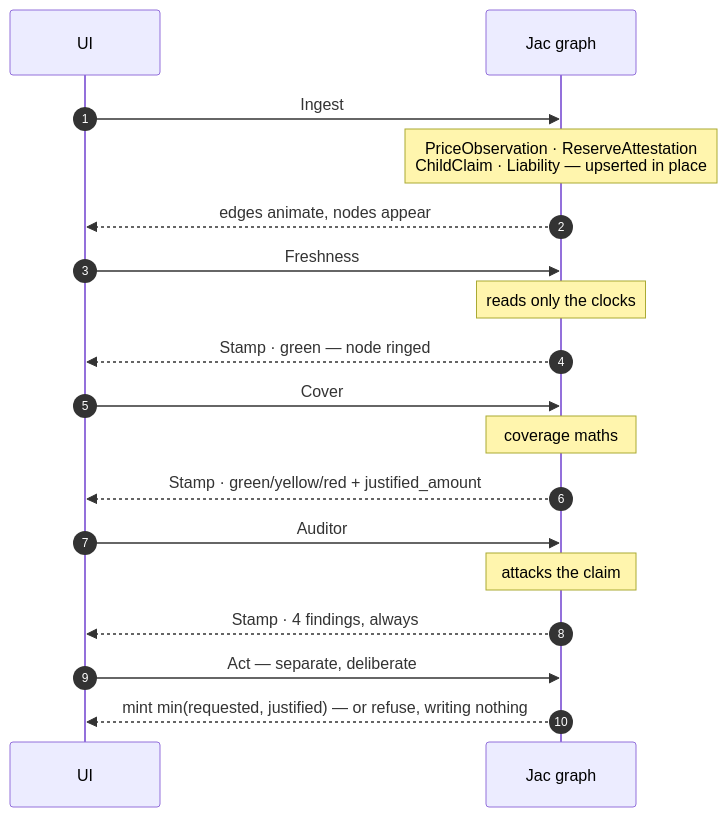
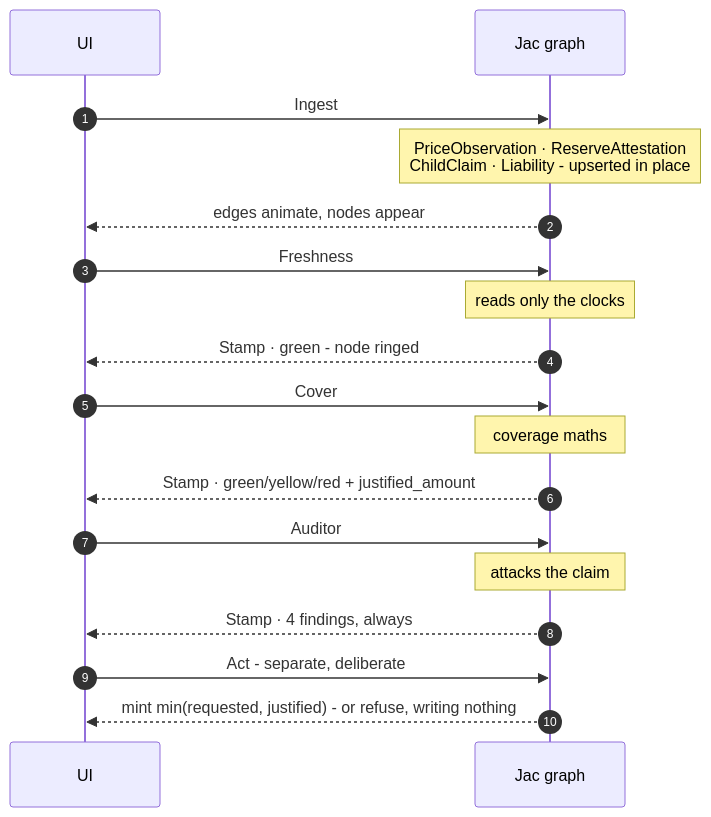
The fifth of 5 diagrams in README.md (AgenticPortfolioX/POR-Jac-Enforced), drawn with Mermaid before and after one commit. The commit also changed other lines of this file and 40 other files, not shown here.

````diff
--- a/README.md
+++ b/README.md
@@ -179,25 +179,25 @@
 ```mermaid
 sequenceDiagram
     autonumber
     participant UI
     participant G as Jac graph
 
     UI->>G: Ingest
-    Note over G: PriceObservation · ReserveAttestation<br/>ChildClaim · Liability — upserted in place
+    Note over G: PriceObservation · ReserveAttestation<br/>ChildClaim · Liability - upserted in place
     G-->>UI: edges animate, nodes appear
 
     UI->>G: Freshness
     Note over G: reads only the clocks
-    G-->>UI: Stamp · green — node ringed
+    G-->>UI: Stamp · green - node ringed
 
     UI->>G: Cover
     Note over G: coverage maths
     G-->>UI: Stamp · green/yellow/red + justified_amount
 
     UI->>G: Auditor
     Note over G: attacks the claim
     G-->>UI: Stamp · 4 findings, always
 
-    UI->>G: Act — separate, deliberate
-    G-->>UI: mint min(requested, justified) — or refuse, writing nothing
+    UI->>G: Act - separate, deliberate
+    G-->>UI: mint min(requested, justified) - or refuse, writing nothing
 ```
````
